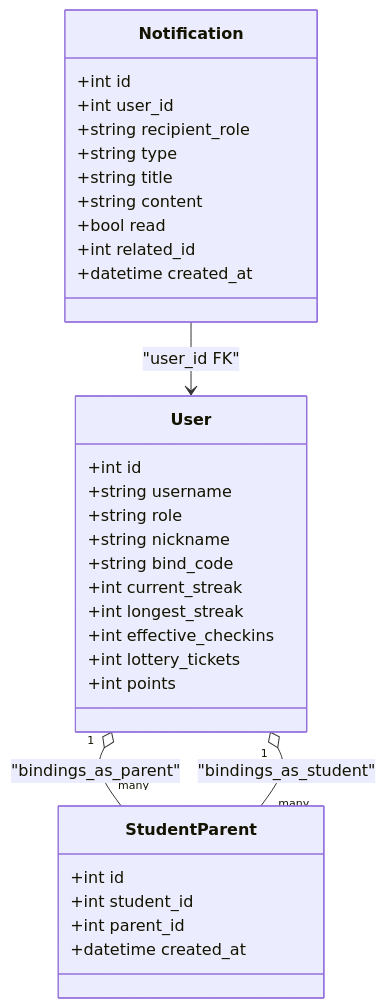
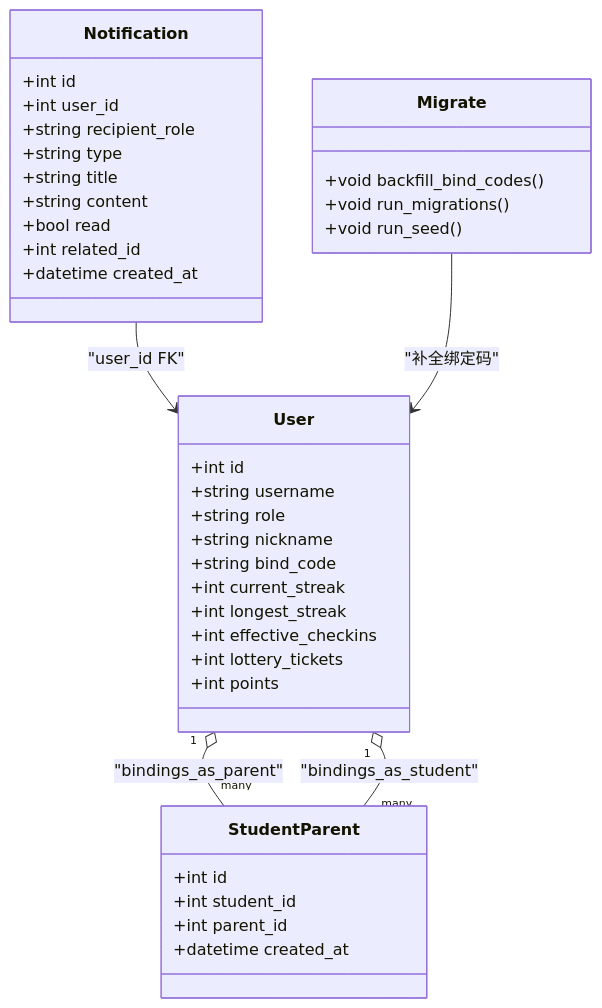
Before and after one commit to onebody/homework: the fifth of 5 diagrams in .qoder/repowiki/zh/content/API接口文档/家长绑定接口.md, drawn with Mermaid. The commit also changed other lines of this file and 6 other files, not shown here.

````diff
--- a/.qoder/repowiki/zh/content/API接口文档/家长绑定接口.md
+++ b/.qoder/repowiki/zh/content/API接口文档/家长绑定接口.md
@@ -322,35 +359,41 @@
 ```mermaid
 classDiagram
 class User {
 +int id
 +string username
 +string role
 +string nickname
 +string bind_code
 +int current_streak
 +int longest_streak
 +int effective_checkins
 +int lottery_tickets
 +int points
 }
 class StudentParent {
 +int id
 +int student_id
 +int parent_id
 +datetime created_at
 }
 class Notification {
 +int id
 +int user_id
 +string recipient_role
 +string type
 +string title
 +string content
 +bool read
 +int related_id
 +datetime created_at
 }
+class Migrate {
++void backfill_bind_codes()
++void run_migrations()
++void run_seed()
+}
 User "1" o-- "many" StudentParent : "bindings_as_parent"
 User "1" o-- "many" StudentParent : "bindings_as_student"
 Notification --> User : "user_id FK"
+Migrate --> User : "补全绑定码"
 ```
````
